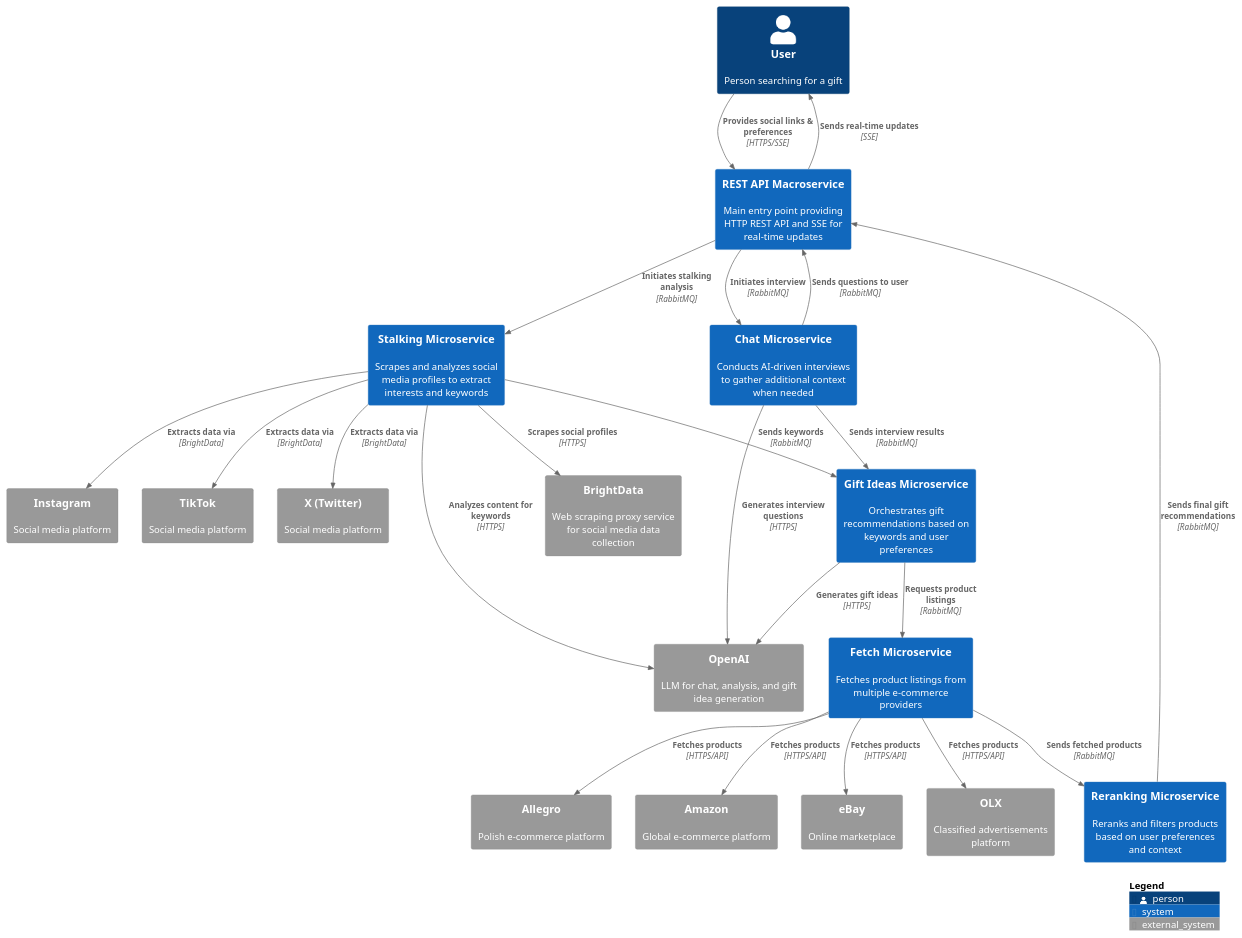
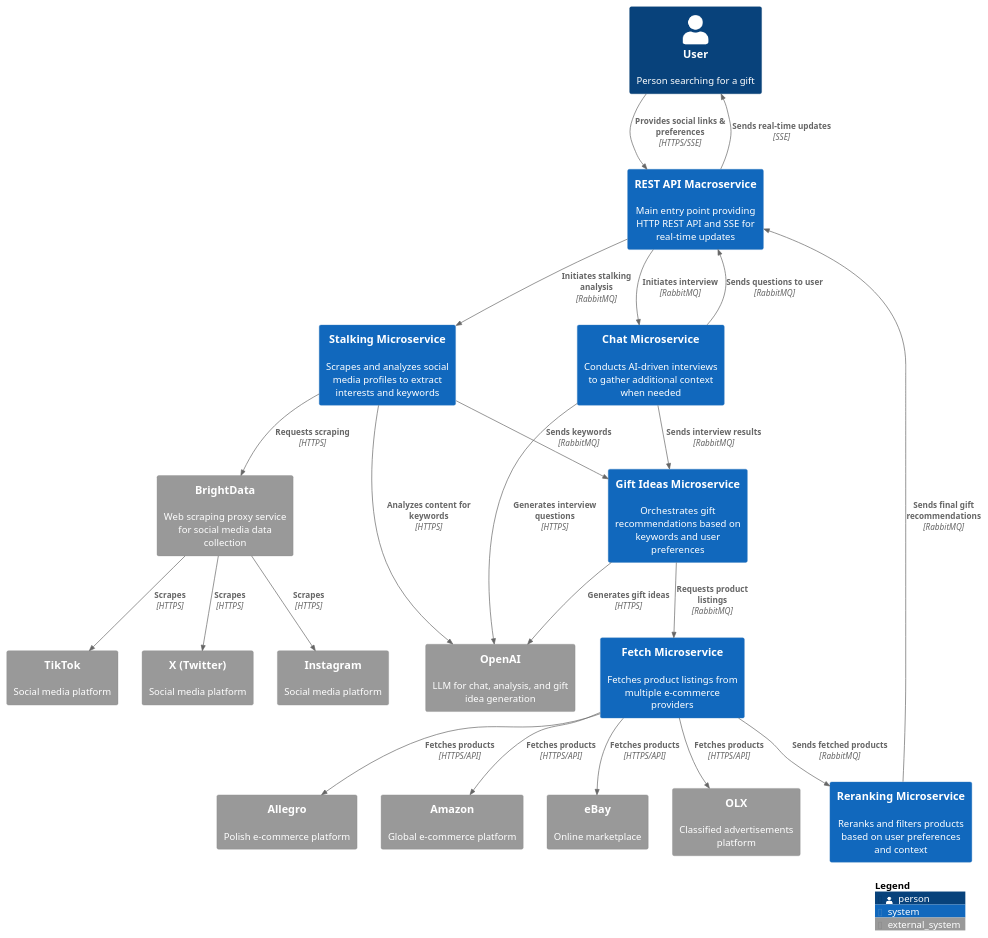
One commit to Generacja-Cuzi/ai-present-finder changed the diagram in docs/C4_v0.2.0/context.puml. Above: the diagram before and after it, drawn with PlantUML. The commit also changed 3 other files, not shown here.

Commit message:
fix: correct BrightData flow in context diagram and event routing in REST API component

```diff
--- a/docs/C4_v0.2.0/context.puml
+++ b/docs/C4_v0.2.0/context.puml
@@ -1,52 +1,52 @@
 @startuml C4_Context_MVP
 !include https://raw.githubusercontent.com/plantuml-stdlib/C4-PlantUML/master/C4_Context.puml
 
 Person(user, "User", "Person searching for a gift")
 
 System(system_rest_api, "REST API Macroservice", "Main entry point providing HTTP REST API and SSE for real-time updates")
 System(system_gift_microservice, "Gift Ideas Microservice", "Orchestrates gift recommendations based on keywords and user preferences")
 System(system_stalking_microservice, "Stalking Microservice", "Scrapes and analyzes social media profiles to extract interests and keywords")
 System(system_chat_microservice, "Chat Microservice", "Conducts AI-driven interviews to gather additional context when needed")
 System(system_fetch_microservice, "Fetch Microservice", "Fetches product listings from multiple e-commerce providers")
 System(system_reranking_microservice, "Reranking Microservice", "Reranks and filters products based on user preferences and context")
 
 System_Ext(allegro, "Allegro", "Polish e-commerce platform")
 System_Ext(amazon, "Amazon", "Global e-commerce platform")
 System_Ext(ebay, "eBay", "Online marketplace")
 System_Ext(olx, "OLX", "Classified advertisements platform")
 
 System_Ext(openai_llm, "OpenAI", "LLM for chat, analysis, and gift idea generation")
 System_Ext(brightdata, "BrightData", "Web scraping proxy service for social media data collection")
 System_Ext(instagram_ext, "Instagram", "Social media platform")
 System_Ext(tiktok_ext, "TikTok", "Social media platform")
 System_Ext(x_ext, "X (Twitter)", "Social media platform")
 
 Rel(user, system_rest_api, "Provides social links & preferences", "HTTPS/SSE")
 Rel(system_rest_api, system_stalking_microservice, "Initiates stalking analysis", "RabbitMQ")
 Rel(system_rest_api, system_chat_microservice, "Initiates interview", "RabbitMQ")
 Rel(system_rest_api, user, "Sends real-time updates", "SSE")
 
-Rel(system_stalking_microservice, brightdata, "Scrapes social profiles", "HTTPS")
-Rel(system_stalking_microservice, instagram_ext, "Extracts data via", "BrightData")
-Rel(system_stalking_microservice, tiktok_ext, "Extracts data via", "BrightData")
-Rel(system_stalking_microservice, x_ext, "Extracts data via", "BrightData")
+Rel(system_stalking_microservice, brightdata, "Requests scraping", "HTTPS")
+Rel(brightdata, instagram_ext, "Scrapes", "HTTPS")
+Rel(brightdata, tiktok_ext, "Scrapes", "HTTPS")
+Rel(brightdata, x_ext, "Scrapes", "HTTPS")
 Rel(system_stalking_microservice, openai_llm, "Analyzes content for keywords", "HTTPS")
 Rel(system_stalking_microservice, system_gift_microservice, "Sends keywords", "RabbitMQ")
 
 Rel(system_chat_microservice, openai_llm, "Generates interview questions", "HTTPS")
 Rel(system_chat_microservice, system_rest_api, "Sends questions to user", "RabbitMQ")
 Rel(system_chat_microservice, system_gift_microservice, "Sends interview results", "RabbitMQ")
 
 Rel(system_gift_microservice, openai_llm, "Generates gift ideas", "HTTPS")
 Rel(system_gift_microservice, system_fetch_microservice, "Requests product listings", "RabbitMQ")
 
 Rel(system_fetch_microservice, allegro, "Fetches products", "HTTPS/API")
 Rel(system_fetch_microservice, amazon, "Fetches products", "HTTPS/API")
 Rel(system_fetch_microservice, ebay, "Fetches products", "HTTPS/API")
 Rel(system_fetch_microservice, olx, "Fetches products", "HTTPS/API")
 Rel(system_fetch_microservice, system_reranking_microservice, "Sends fetched products", "RabbitMQ")
 
 Rel(system_reranking_microservice, system_rest_api, "Sends final gift recommendations", "RabbitMQ")
 
 SHOW_LEGEND()
 @enduml
```
